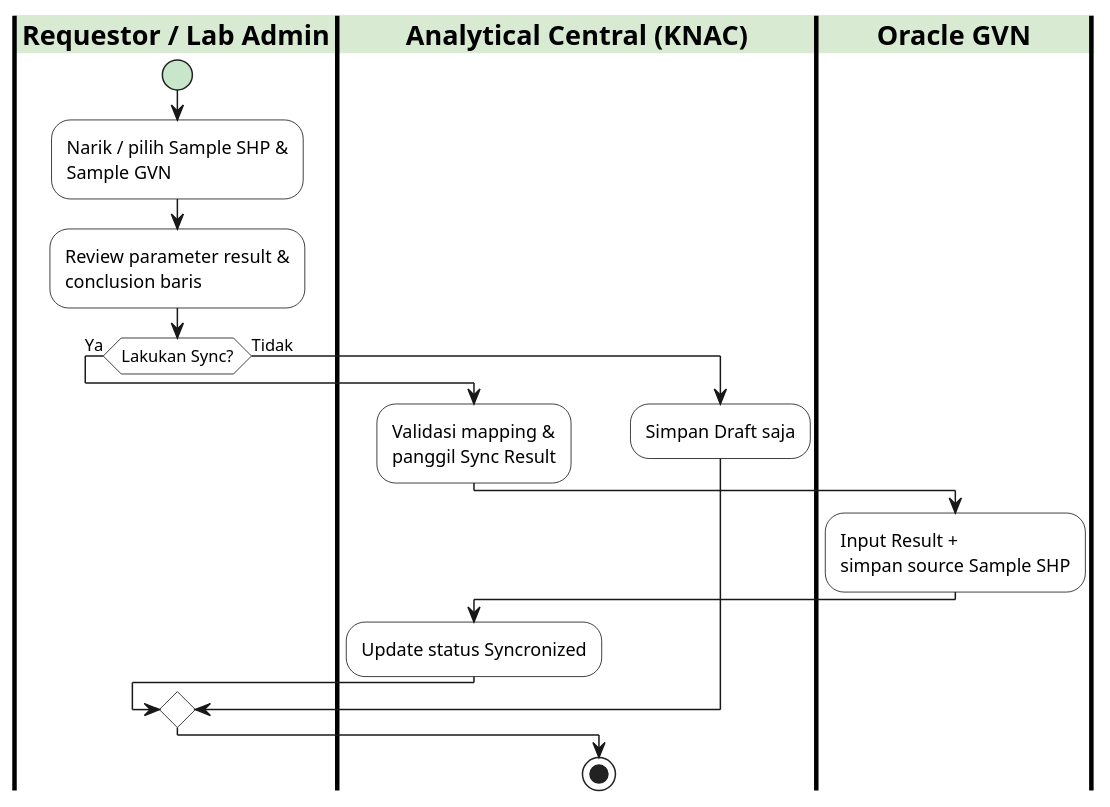
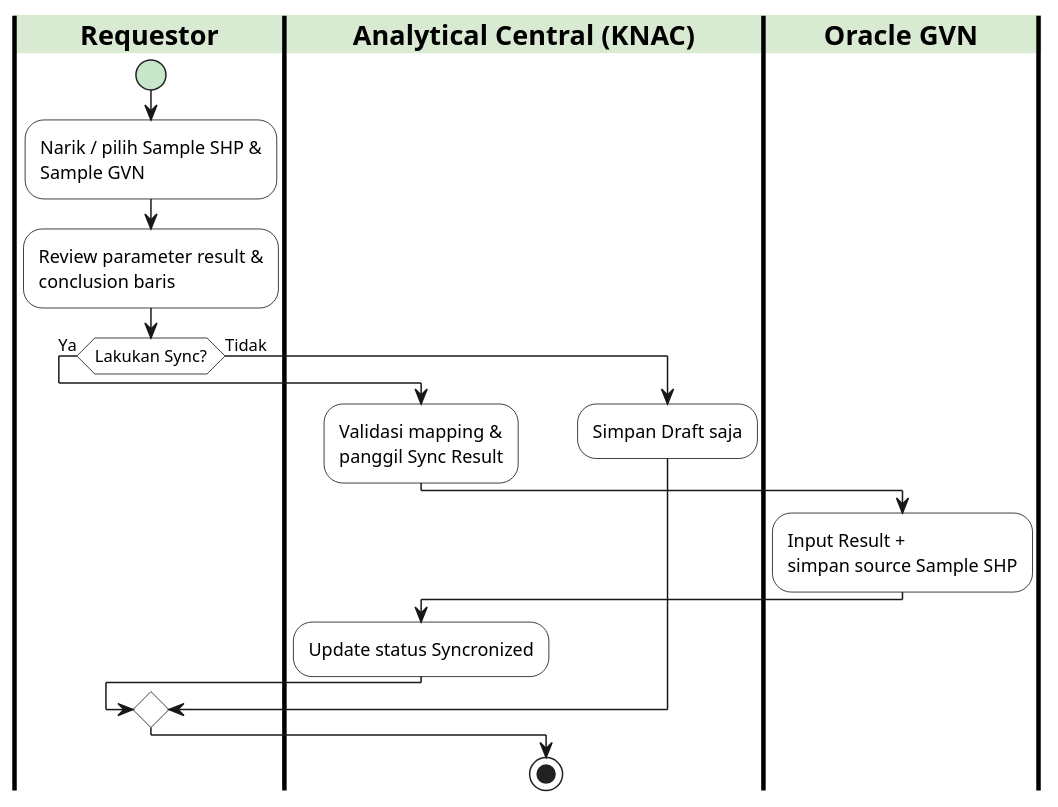
One commit to Agengkurnia/FSD-Generator-Engine changed the second of 3 diagrams in modules/sample-result-gvn-shp/source/FSD_Sample_Result_GVN_SHP_v1.0.md. Above: the diagram before and after it, drawn with PlantUML. The commit also changed other lines of this file and 11 other files, not shown here.

````diff
--- a/modules/sample-result-gvn-shp/source/FSD_Sample_Result_GVN_SHP_v1.0.md
+++ b/modules/sample-result-gvn-shp/source/FSD_Sample_Result_GVN_SHP_v1.0.md
@@ -592,29 +720,29 @@
 ```plantuml
 @startuml
 skinparam SwimlaneBorderColor #000000
 skinparam SwimlaneBorderThickness 3
 skinparam SwimlaneTitleBackgroundColor #D9EAD3
 skinparam SwimlaneTitleFontStyle bold
 skinparam ActivityBackgroundColor #FFFFFF
 skinparam ActivityBorderColor #000000
 skinparam ActivityStartColor #C8E6C9
 skinparam ActivityEndColor #B2DFDB
 
-|Requestor / Lab Admin|
+|Requestor|
 start
 :Narik / pilih Sample SHP &\nSample GVN;
 :Review parameter result &\nconclusion baris;
 if (Lakukan Sync?) then (Ya)
   |Analytical Central (KNAC)|
   :Validasi mapping &\npanggil Sync Result;
   |Oracle GVN|
   :Input Result +\nsimpan source Sample SHP;
   |Analytical Central (KNAC)|
   :Update status Syncronized;
 else (Tidak)
   |Analytical Central (KNAC)|
   :Simpan Draft saja;
 endif
 stop
 @enduml
 ```
````
